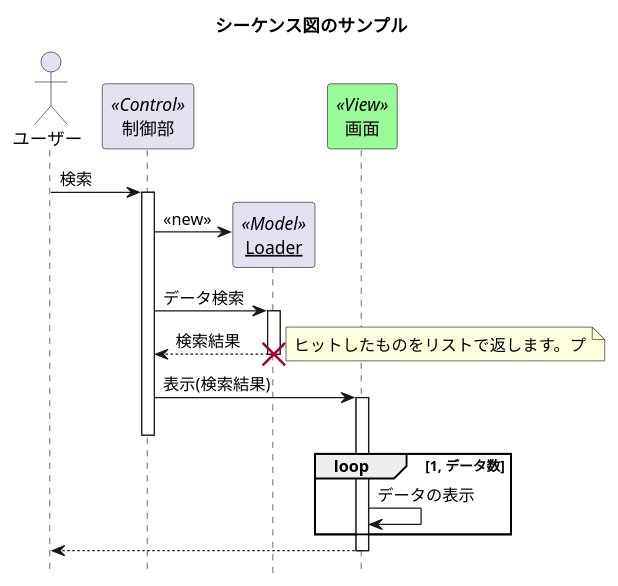
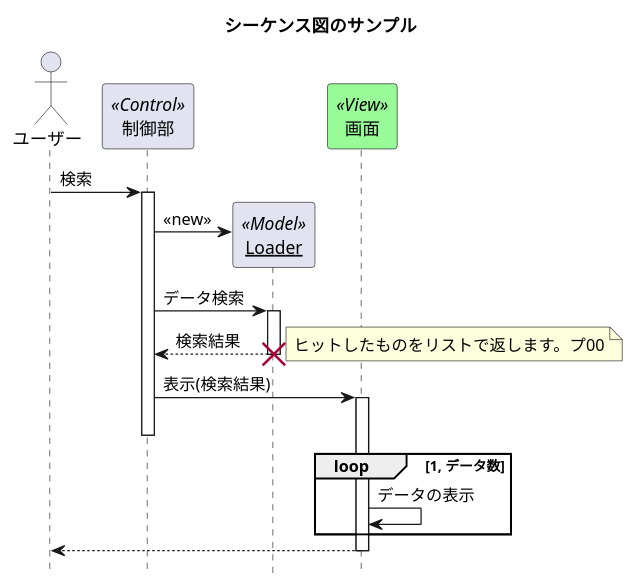
Before and after one commit to azarasi/asciidoctor-sample: the second of 3 diagrams in sample/sample-diagram.adoc, drawn with PlantUML. The commit also changed other lines of this file and 16 other files, not shown here.

```diff
--- a/sample/sample-diagram.adoc
+++ b/sample/sample-diagram.adoc
@@ -125,37 +125,37 @@
 [plantuml,sample-sequence,svg]
 ----
-@startuml{plantuml_seq_sample.png}
+@startuml{plantuml_seq_sample.svg}
 skinparam {
-  defaultFontName "Migu 1M"
+  defaultFontName "MigMix 1p"
 }
 
 title シーケンス図のサンプル
 hide footbox
 
 actor ユーザー as user
 participant 制御部 as control <<Control>>
 participant "<u>Loader</u>" as model <<Model>>
 participant 画面 as view <<View>> #98FB98
 
 user -> control : 検索
 activate control
 create model
 control -> model : << new >>
 control -> model : データ検索
 activate model
 control <-- model : 検索結果
-note right : ヒットしたものをリストで返します。プ
+note right : ヒットしたものをリストで返します。プ00
 deactivate model
 destroy model
 
 control -> view : 表示(検索結果)
 activate view
 deactivate control
 loop 1, データ数
   view -> view : データの表示
 end
 view --> user
 deactivate view
 
 @enduml
 ----
```
